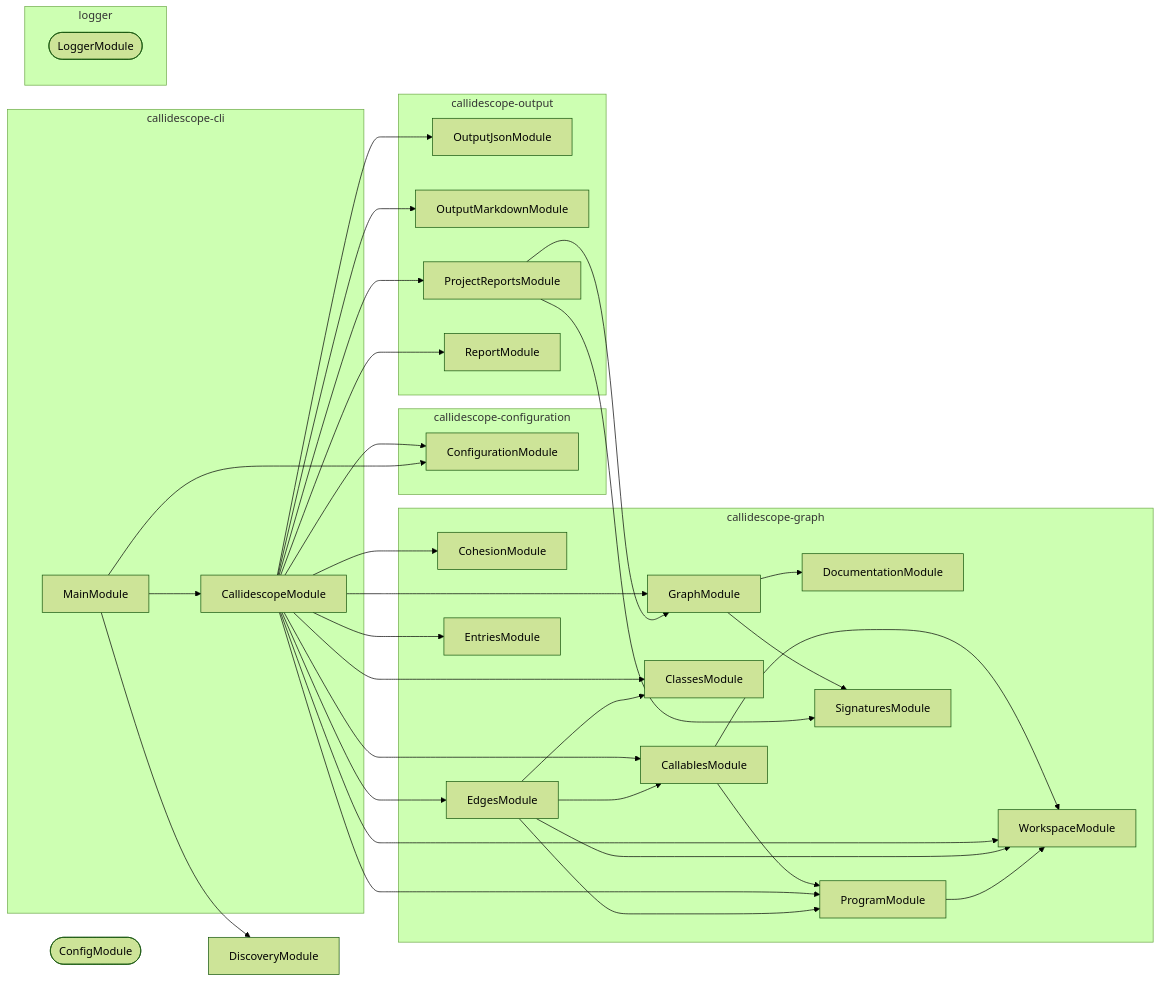
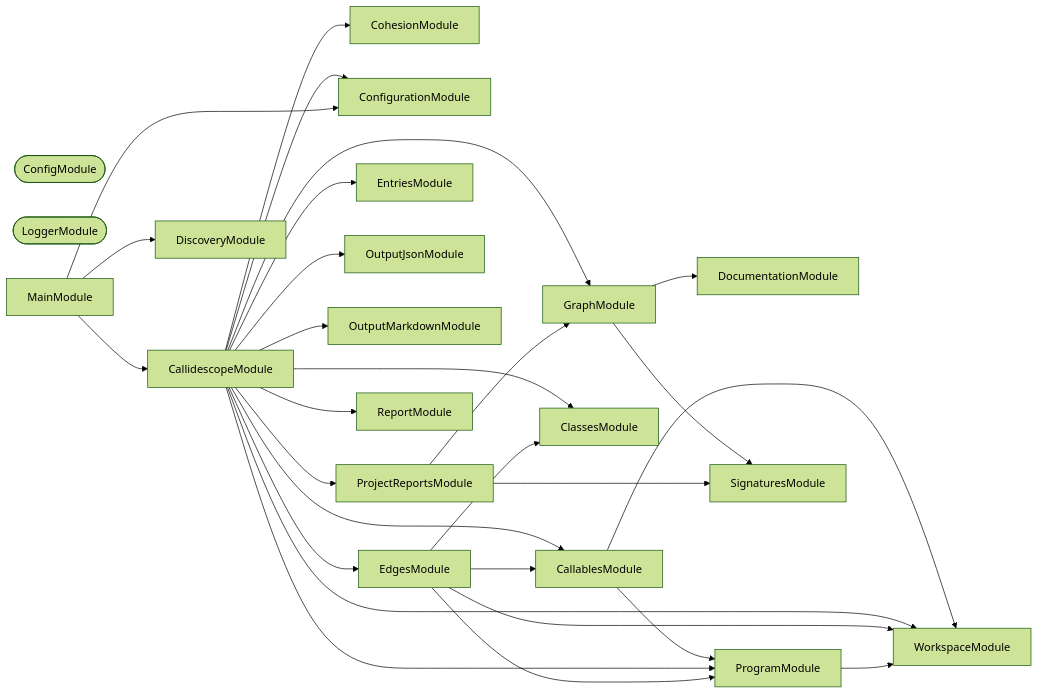
Before and after one commit to JimmyPaolini/codebase: the second of 3 diagrams in packages/callidescope-cli/README.md, drawn with Mermaid (forest theme). The commit also changed other lines of this file and 241 other files, not shown here.

First line of the commit message:
feat(codependix,synchronization,deployments,documentation,codebase): ✨ add the codependix dependency-graph export suite (#335)

````diff
--- a/packages/callidescope-cli/README.md
+++ b/packages/callidescope-cli/README.md
@@ -321,60 +449,50 @@
 ```mermaid
 flowchart LR
-  subgraph group0["callidescope-cli"]
-    CallidescopeModule
-    MainModule
-  end
-  subgraph group1["callidescope-configuration"]
-    ConfigurationModule
-  end
-  subgraph group2["callidescope-graph"]
-    CallablesModule
-    ClassesModule
-    CohesionModule
-    DocumentationModule
-    EdgesModule
-    EntriesModule
-    GraphModule
-    ProgramModule
-    SignaturesModule
-    WorkspaceModule
-  end
-  subgraph group3["callidescope-output"]
-    OutputJsonModule
-    OutputMarkdownModule
-    ProjectReportsModule
-    ReportModule
-  end
-  subgraph group4["logger"]
-    LoggerModule([LoggerModule])
-  end
+  CallablesModule
+  CallidescopeModule
+  ClassesModule
+  CohesionModule
   ConfigModule([ConfigModule])
+  ConfigurationModule
   DiscoveryModule
+  DocumentationModule
+  EdgesModule
+  EntriesModule
+  GraphModule
+  LoggerModule([LoggerModule])
+  MainModule
+  OutputJsonModule
+  OutputMarkdownModule
+  ProgramModule
+  ProjectReportsModule
+  ReportModule
+  SignaturesModule
+  WorkspaceModule
   CallablesModule --> ProgramModule
   CallablesModule --> WorkspaceModule
   CallidescopeModule --> CallablesModule
   CallidescopeModule --> ClassesModule
   CallidescopeModule --> CohesionModule
   CallidescopeModule --> ConfigurationModule
   CallidescopeModule --> EdgesModule
   CallidescopeModule --> EntriesModule
   CallidescopeModule --> GraphModule
   CallidescopeModule --> OutputJsonModule
   CallidescopeModule --> OutputMarkdownModule
   CallidescopeModule --> ProgramModule
   CallidescopeModule --> ProjectReportsModule
   CallidescopeModule --> ReportModule
   CallidescopeModule --> WorkspaceModule
   EdgesModule --> CallablesModule
   EdgesModule --> ClassesModule
   EdgesModule --> ProgramModule
   EdgesModule --> WorkspaceModule
   GraphModule --> DocumentationModule
   GraphModule --> SignaturesModule
   MainModule --> CallidescopeModule
   MainModule --> ConfigurationModule
   MainModule --> DiscoveryModule
   ProgramModule --> WorkspaceModule
   ProjectReportsModule --> GraphModule
   ProjectReportsModule --> SignaturesModule
 ```
````
